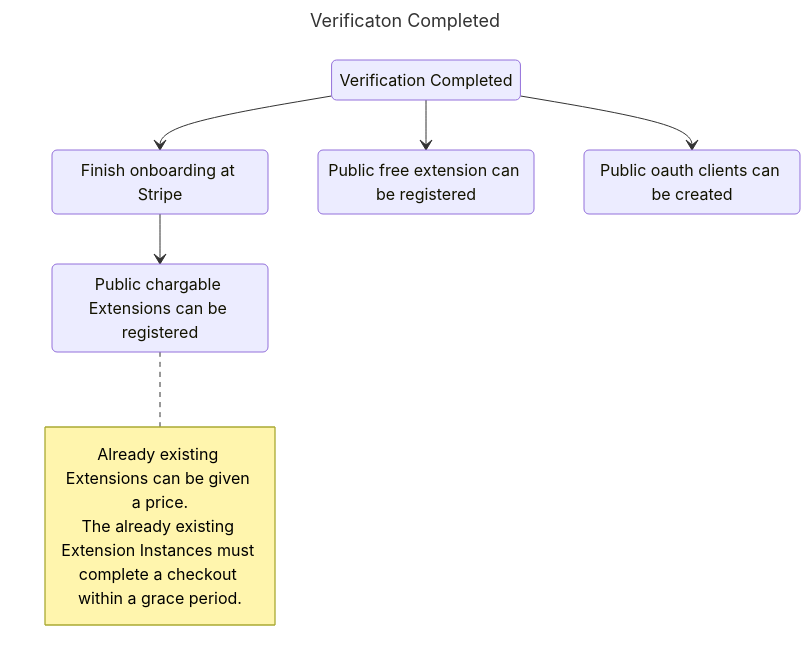
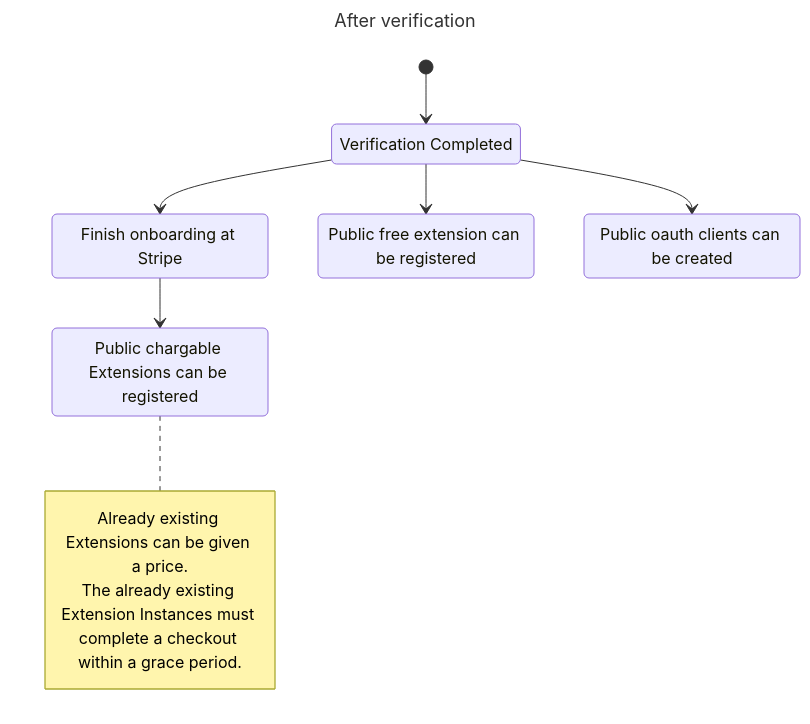
The second of 2 diagrams in docs/contribution/30-overview/3-contributor.mdx (mittwald/developer-portal), drawn with Mermaid before and after one commit. The commit also changed other lines of this file and 1 other file, not shown here.

Commit message:
improve diagrams

````diff
--- a/docs/contribution/30-overview/3-contributor.mdx
+++ b/docs/contribution/30-overview/3-contributor.mdx
@@ -35,22 +36,23 @@
 ```mermaid
 ---
-title: Verificaton Completed
+title: After verification
 ---
 
 stateDiagram-v2
     C3: Verification Completed
     C4: Finish onboarding at Stripe
     E2: Public free extension can be registered
     E3: Public chargable Extensions can be registered
     O2: Public oauth clients can be created
 
     note right of E3
         Already existing Extensions can be given a price.
         The already existing Extension Instances must complete a checkout within a grace period.
     end note
 
     C3 --> E2
     C3 --> C4
     C3 --> O2
     C4 --> E3
+    [*] --> C3
 ```
````
